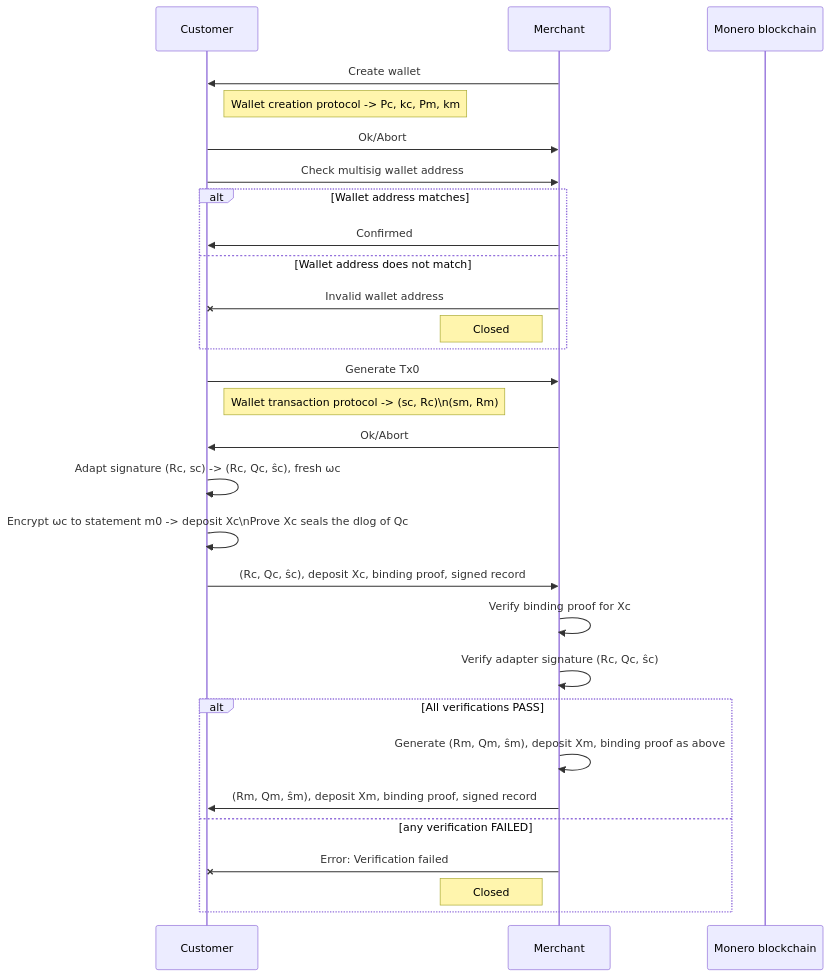
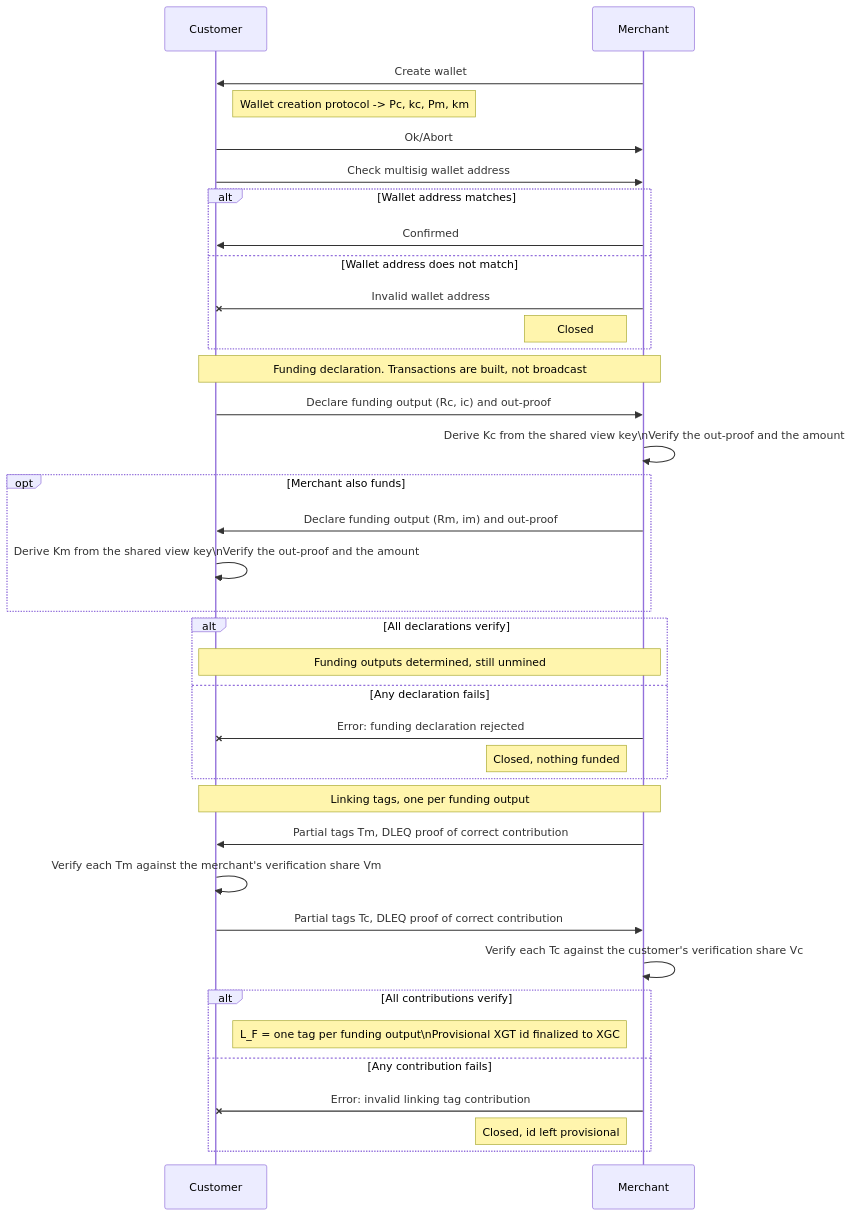
One commit to grease-xmr/grease changed the diagram in docs/diagrams/establish_channel_sequence_a.md. Above: the diagram before and after it, drawn with Mermaid. The commit also changed 44 other files, not shown here.

````diff
--- a/docs/diagrams/establish_channel_sequence_a.md
+++ b/docs/diagrams/establish_channel_sequence_a.md
@@ -1,36 +1,45 @@
 ```mermaid
 sequenceDiagram
     participant C as Customer
     participant M as Merchant
-    participant L1 as Monero blockchain
 
     M->>C: Create wallet
     note right of C: Wallet creation protocol -> Pc, kc, Pm, km
     C->>M: Ok/Abort
 
     C->>M: Check multisig wallet address
     alt Wallet address matches
         M->>C: Confirmed
     else Wallet address does not match
         M-xC: Invalid wallet address
         note left of M: Closed
     end
 
-    C->>M: Generate Tx0
-    note right of C: Wallet transaction protocol -> (sc, Rc)\n(sm, Rm)
-    M->>C: Ok/Abort
+    note over C,M: Funding declaration. Transactions are built, not broadcast
 
-    C->>C: Adapt signature (Rc, sc) -> (Rc, Qc, ŝc), fresh ωc
-    C->>C: Encrypt ωc to statement m0 -> deposit Xc\nProve Xc seals the dlog of Qc
-    C->>M: (Rc, Qc, ŝc), deposit Xc, binding proof, signed record
+    C->>M: Declare funding output (Rc, ic) and out-proof
+    M->>M: Derive Kc from the shared view key\nVerify the out-proof and the amount
+    opt Merchant also funds
+        M->>C: Declare funding output (Rm, im) and out-proof
+        C->>C: Derive Km from the shared view key\nVerify the out-proof and the amount
+    end
+    alt All declarations verify
+        note over C,M: Funding outputs determined, still unmined
+    else Any declaration fails
+        M-xC: Error: funding declaration rejected
+        note left of M: Closed, nothing funded
+    end
 
-    M->>M: Verify binding proof for Xc
-    M->>M: Verify adapter signature (Rc, Qc, ŝc)
-    alt All verifications PASS
-        M->>M: Generate (Rm, Qm, ŝm), deposit Xm, binding proof as above
-        M->>C: (Rm, Qm, ŝm), deposit Xm, binding proof, signed record
-    else any verification FAILED
-        M-xC: Error: Verification failed
-        note left of M: Closed
+    note over C,M: Linking tags, one per funding output
+
+    M->>C: Partial tags Tm, DLEQ proof of correct contribution
+    C->>C: Verify each Tm against the merchant's verification share Vm
+    C->>M: Partial tags Tc, DLEQ proof of correct contribution
+    M->>M: Verify each Tc against the customer's verification share Vc
+    alt All contributions verify
+        note right of C: L_F = one tag per funding output\nProvisional XGT id finalized to XGC
+    else Any contribution fails
+        M-xC: Error: invalid linking tag contribution
+        note left of M: Closed, id left provisional
     end
 ```
````
